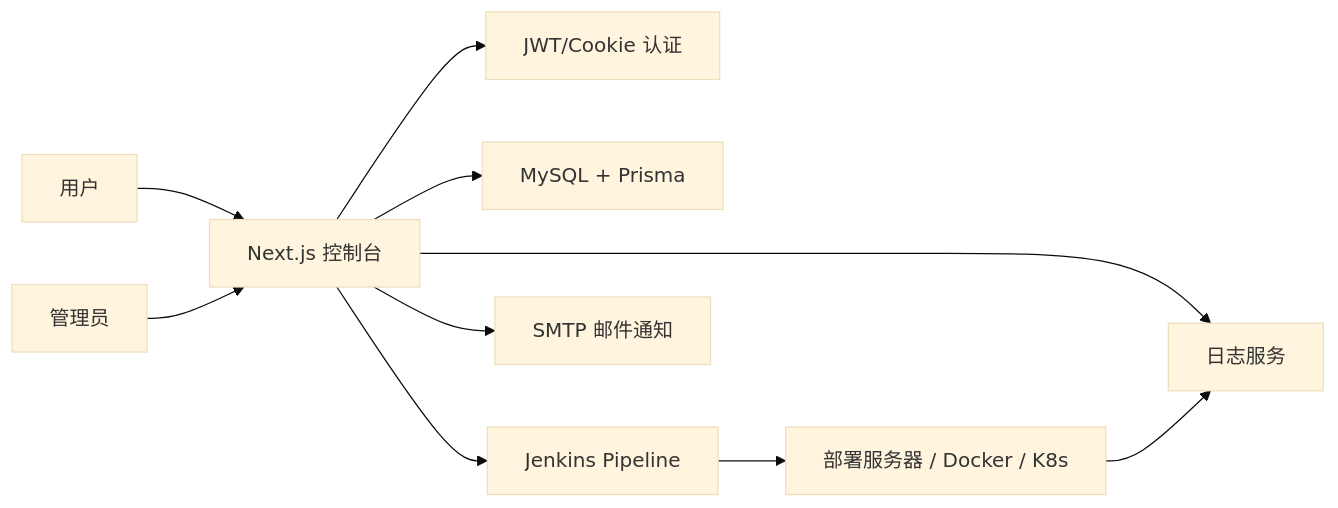
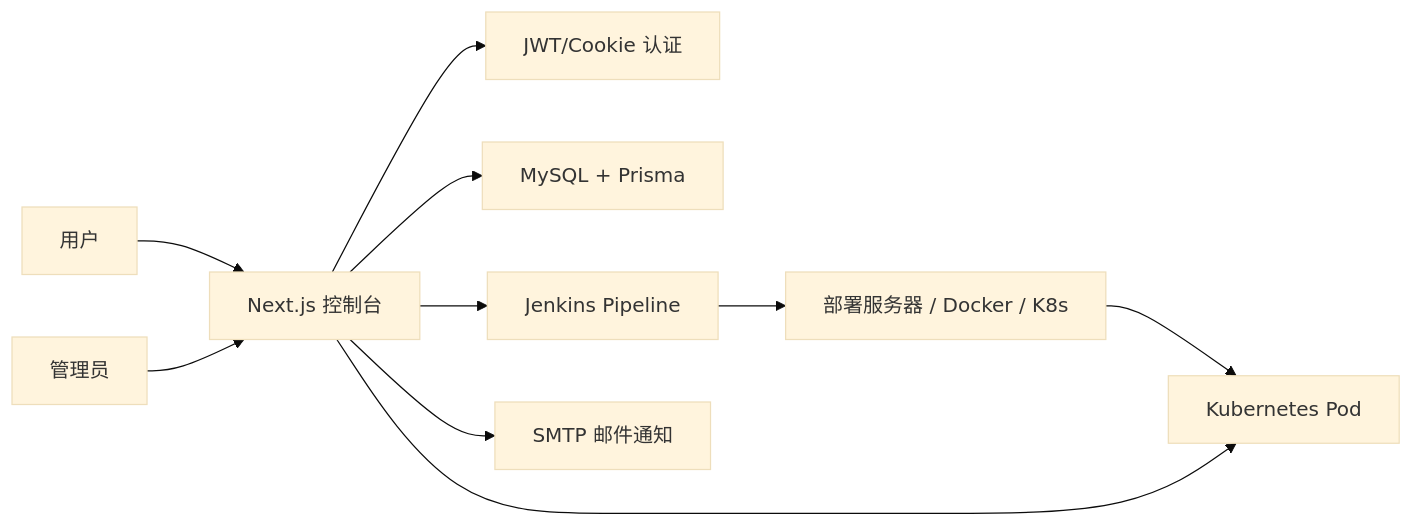
One commit to jiangchengyu998/one-click-deployment changed the first of 2 diagrams in README.md. Above: the diagram before and after it, drawn with Mermaid (base theme). The commit also changed other lines of this file and 90 other files, not shown here.

````diff
--- a/README.md
+++ b/README.md
@@ -23,12 +22,12 @@
 ```mermaid
 flowchart LR
     User["用户"] --> Web["Next.js 控制台"]
     Admin["管理员"] --> Web
     Web --> Auth["JWT/Cookie 认证"]
     Web --> DB["MySQL + Prisma"]
     Web --> Jenkins["Jenkins Pipeline"]
     Jenkins --> Server["部署服务器 / Docker / K8s"]
-    Web --> LogService["日志服务"]
-    Server --> LogService
+    Server --> K8s["Kubernetes Pod"]
+    Web --> K8s
     Web --> Mail["SMTP 邮件通知"]
 ```
````
